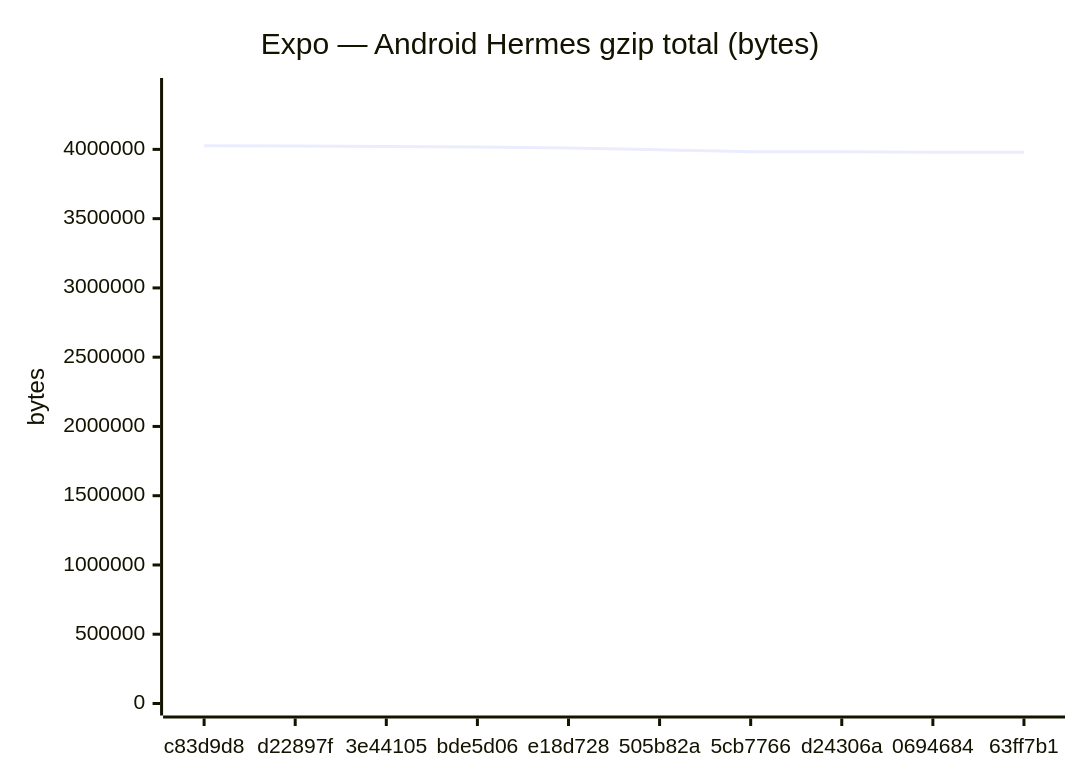
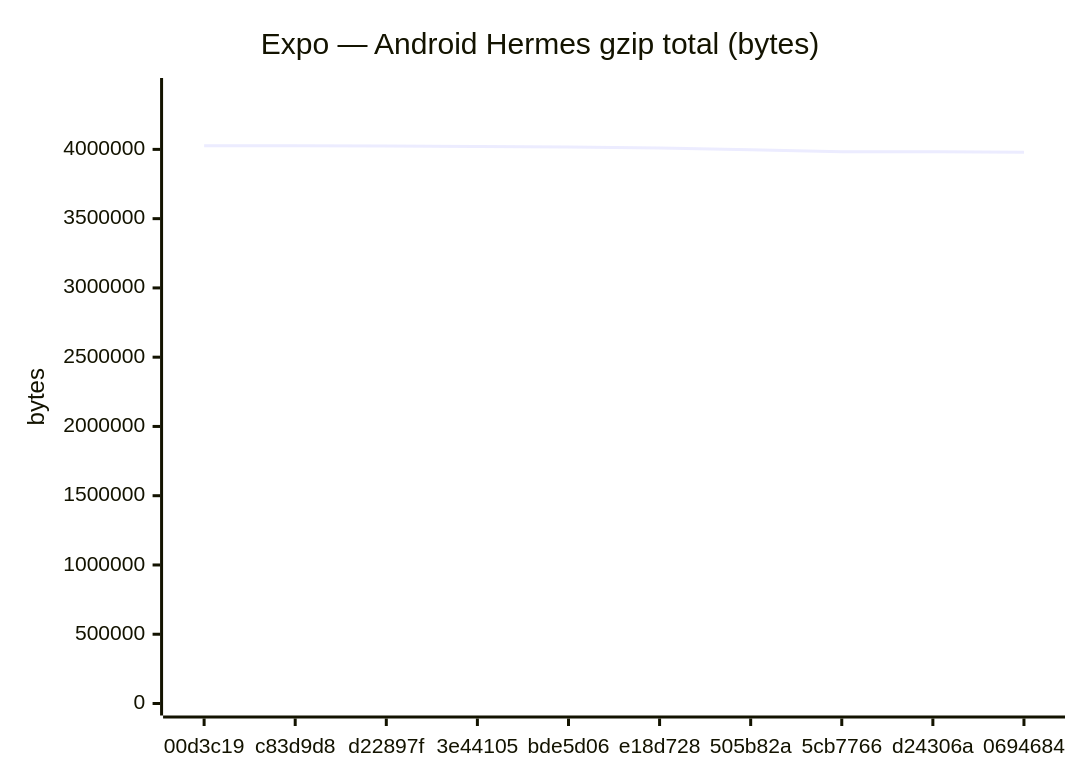
One commit to Metaheurist/Rianell changed the fifth of 18 diagrams in benchmarks/compare.md. Above: the diagram before and after it, drawn with Mermaid. The commit also changed other lines of this file and 11 other files, not shown here.

````diff
--- a/benchmarks/compare.md
+++ b/benchmarks/compare.md
@@ -89,7 +89,7 @@
 ```mermaid
 xychart-beta
     title "Expo — Android Hermes gzip total (bytes)"
-    x-axis ["c83d9d8", "d22897f", "3e44105", "bde5d06", "e18d728", "505b82a", "5cb7766", "d24306a", "0694684", "63ff7b1"]
+    x-axis ["00d3c19", "c83d9d8", "d22897f", "3e44105", "bde5d06", "e18d728", "505b82a", "5cb7766", "d24306a", "0694684"]
     y-axis "bytes" 0 --> 4428693
-    line [4026084, 4023969, 4020690, 4016661, 4010565, 3997221, 3982594, 3982590, 3979178, 3979178]
+    line [4025609, 4026084, 4023969, 4020690, 4016661, 4010565, 3997221, 3982594, 3982590, 3979178]
 ```
````
